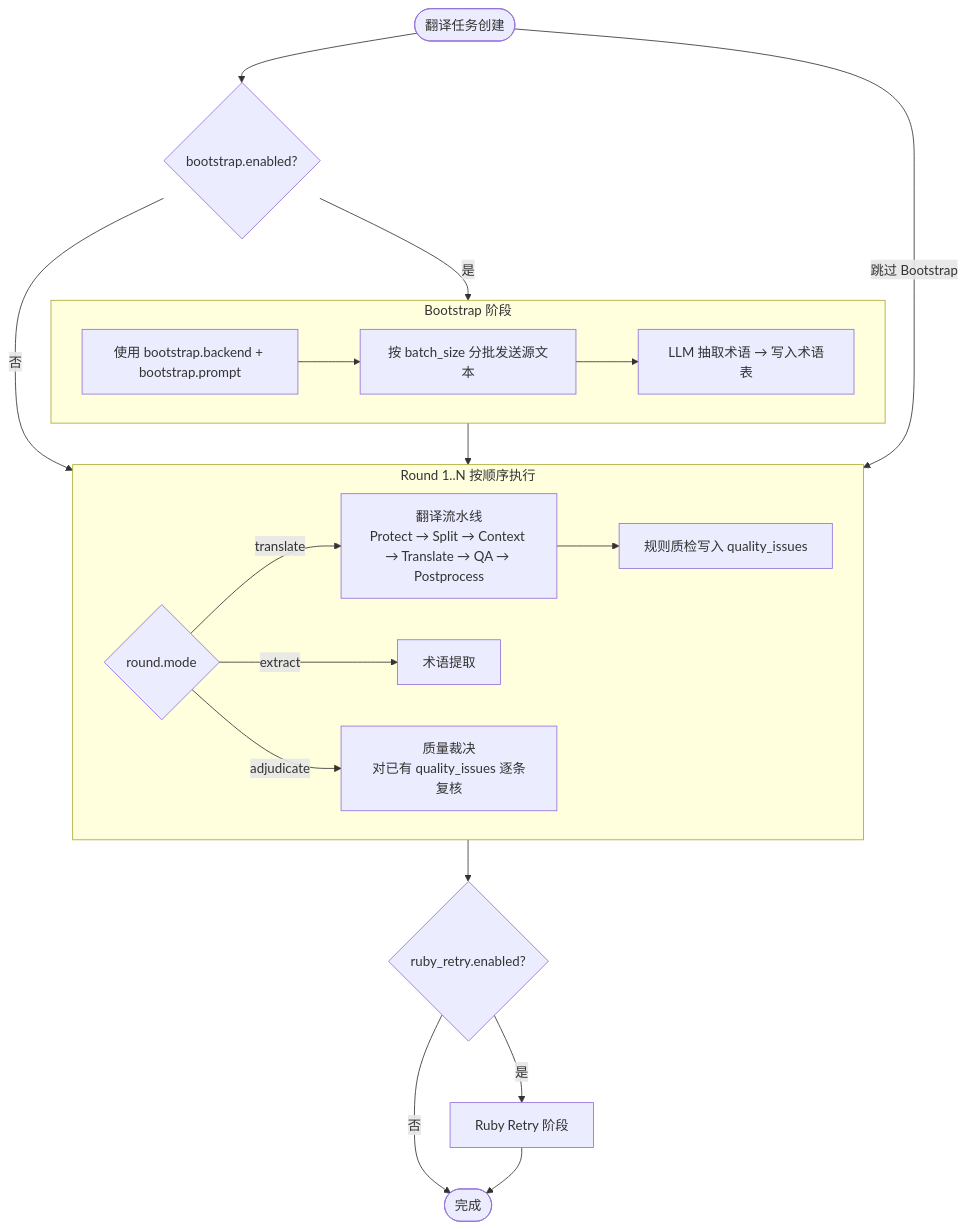
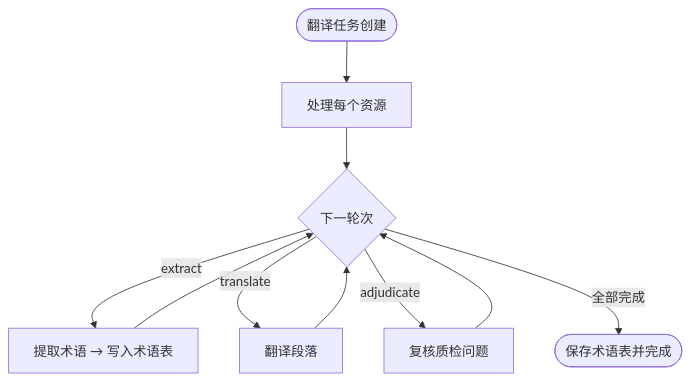
The diagram in docs/zh/guide/translation-config.md (MeowSalty/LinguaFlow), drawn with Mermaid before and after one commit. The commit also changed other lines of this file, not shown here.

````diff
--- a/docs/zh/guide/translation-config.md
+++ b/docs/zh/guide/translation-config.md
@@ -521,32 +526,14 @@
 ```mermaid
 flowchart TD
-    Start([翻译任务创建]) --> BootstrapCheck{bootstrap.enabled?}
+    Start([翻译任务创建]) --> Resource[处理每个资源]
+    Resource --> Next{下一轮次}
 
-    BootstrapCheck -->|是| Bootstrap[Bootstrap 阶段]
-    BootstrapCheck -->|否| Round
+    Next -->|extract| Extract[提取术语 → 写入术语表]
+    Next -->|translate| Translate[翻译段落]
+    Next -->|adjudicate| Adjudicate[复核质检问题]
+    Next -->|全部完成| Done([保存术语表并完成])
 
-    subgraph Bootstrap[Bootstrap 阶段]
-        B1[使用 bootstrap.backend + bootstrap.prompt]
-        B2[按 batch_size 分批发送源文本]
-        B3[LLM 抽取术语 → 写入术语表]
-        B1 --> B2 --> B3
-    end
-
-    Bootstrap --> Round
-    Start -->|跳过 Bootstrap| Round
-
-    subgraph Round[Round 1..N 按顺序执行]
-        ModeSwitch{round.mode}
-        ModeSwitch -->|translate| TranslatePipe[翻译流水线<br/>Protect → Split → Context → Translate → QA → Postprocess]
-        ModeSwitch -->|extract| ExtractPipe[术语提取]
-        ModeSwitch -->|adjudicate| AdjudicatePipe[质量裁决<br/>对已有 quality_issues 逐条复核]
-        TranslatePipe --> QA[规则质检写入 quality_issues]
-    end
-
-    Round --> RubyCheck{ruby_retry.enabled?}
-
-    RubyCheck -->|是| RubyRetry[Ruby Retry 阶段]
-    RubyCheck -->|否| Done([完成])
-
-    RubyRetry --> Done
+    Extract --> Next
+    Translate --> Next
+    Adjudicate --> Next
 ```
````
